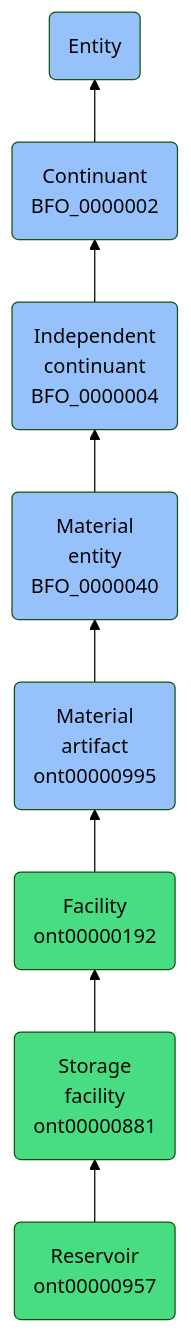
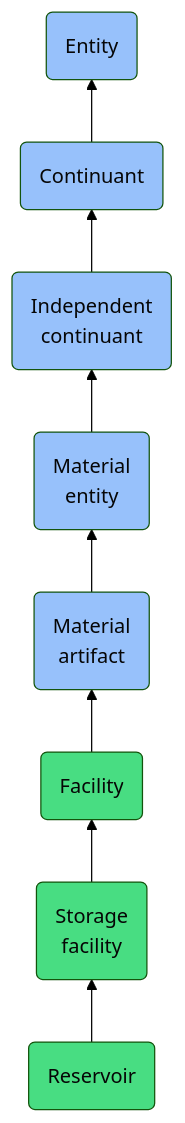
Before and after one commit to jupyter-naas/abi: the diagram in docs/ontology/reference/model/Entity/Continuant/Independent continuant/Material entity/Material artifact/Facility/Storage facility/Reservoir/Reservoir.md, drawn with Mermaid (forest theme). The commit also changed other lines of this file and 1430 other files, not shown here.

````diff
--- a/docs/ontology/reference/model/Entity/Continuant/Independent continuant/Material entity/Material artifact/Facility/Storage facility/Reservoir/Reservoir.md
+++ b/docs/ontology/reference/model/Entity/Continuant/Independent continuant/Material entity/Material artifact/Facility/Storage facility/Reservoir/Reservoir.md
@@ -24,15 +24,15 @@
 ```mermaid
 graph BT
-    ont00000957(Reservoir<br>ont00000957):::ABI-->ont00000881
-    ont00000881(Storage<br>facility<br>ont00000881):::ABI-->ont00000192
-    ont00000192(Facility<br>ont00000192):::ABI-->ont00000995
-    ont00000995(Material<br>artifact<br>ont00000995):::BFO-->BFO_0000040
-    BFO_0000040(Material<br>entity<br>BFO_0000040):::BFO-->BFO_0000004
-    BFO_0000004(Independent<br>continuant<br>BFO_0000004):::BFO-->BFO_0000002
-    BFO_0000002(Continuant<br>BFO_0000002):::BFO-->BFO_0000001
+    ont00000957(Reservoir):::ABI-->ont00000881
+    ont00000881(Storage<br>facility):::ABI-->ont00000192
+    ont00000192(Facility):::ABI-->ont00000995
+    ont00000995(Material<br>artifact):::BFO-->BFO_0000040
+    BFO_0000040(Material<br>entity):::BFO-->BFO_0000004
+    BFO_0000004(Independent<br>continuant):::BFO-->BFO_0000002
+    BFO_0000002(Continuant):::BFO-->BFO_0000001
     BFO_0000001(Entity):::BFO
     
     classDef BFO fill:#97c1fb,color:#060606
     classDef CCO fill:#e4c51e,color:#060606
     classDef ABI fill:#48DD82,color:#060606
 ```
````
